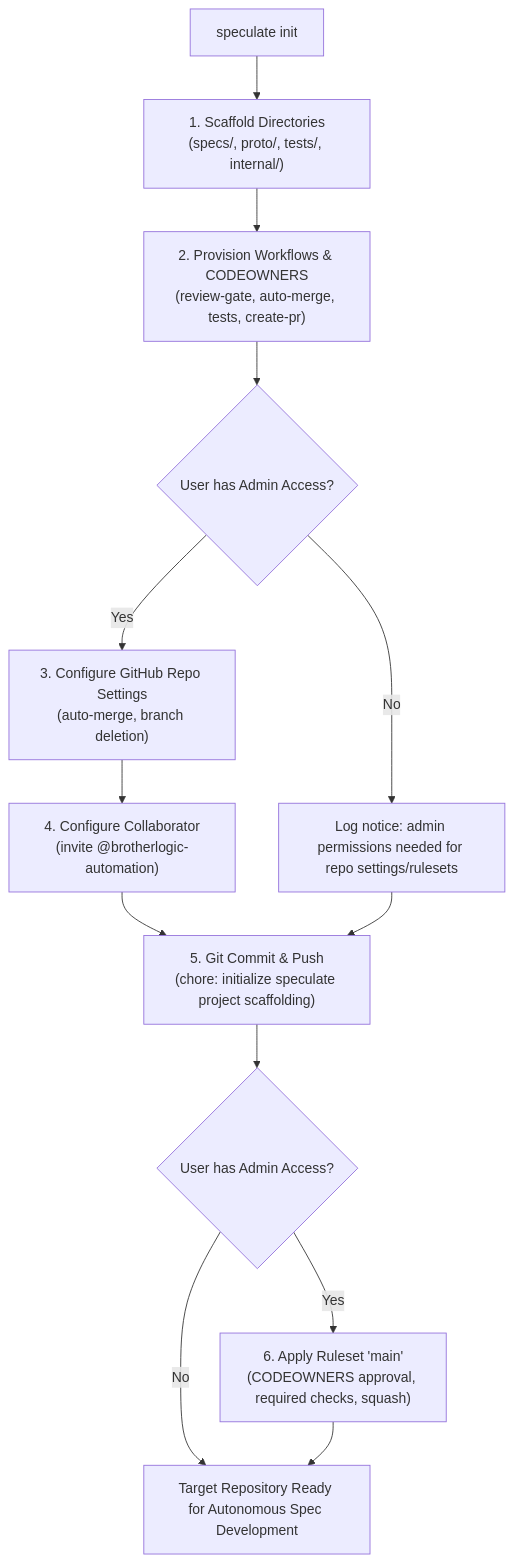
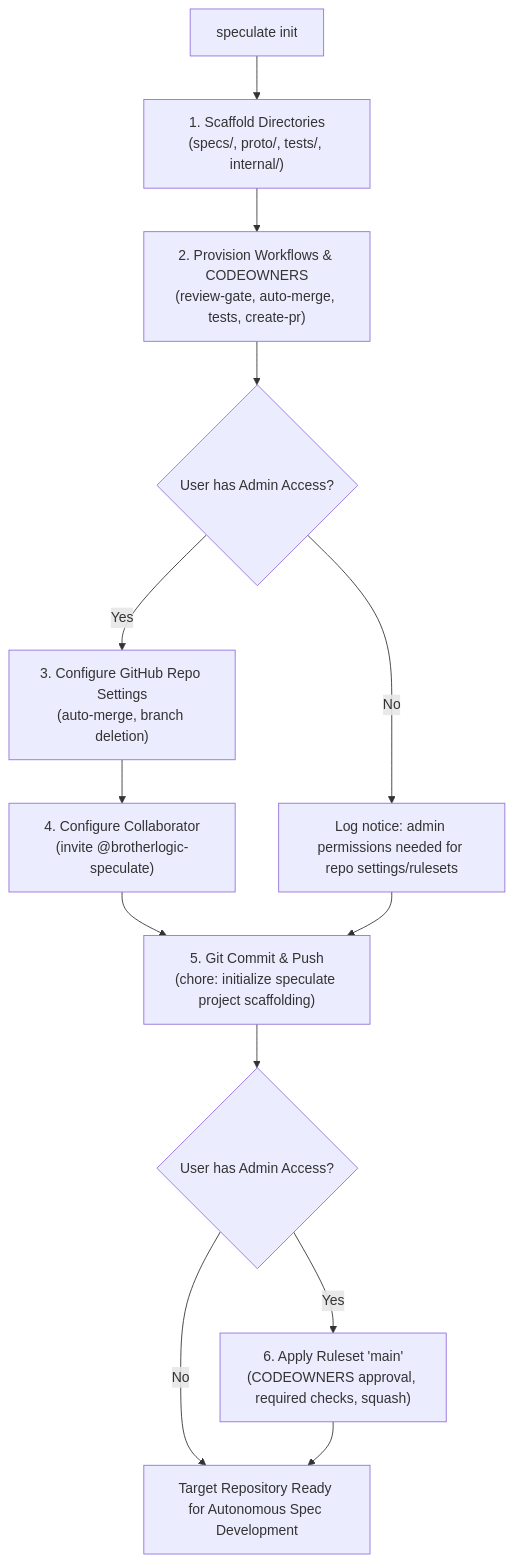
One commit to brotherlogic/speculate changed the diagram in README.md. Above: the diagram before and after it, drawn with Mermaid. The commit also changed other lines of this file and 4 other files, not shown here.

````diff
--- a/README.md
+++ b/README.md
@@ -13,15 +13,15 @@
 ```mermaid
 flowchart TD
     A["speculate init"] --> B["1. Scaffold Directories<br/>(specs/, proto/, tests/, internal/)"]
     B --> C["2. Provision Workflows & CODEOWNERS<br/>(review-gate, auto-merge, tests, create-pr)"]
     C --> D{"User has Admin Access?"}
     D -- Yes --> E["3. Configure GitHub Repo Settings<br/>(auto-merge, branch deletion)"]
-    E --> F["4. Configure Collaborator<br/>(invite @brotherlogic-automation)"]
+    E --> F["4. Configure Collaborator<br/>(invite @brotherlogic-speculate)"]
     F --> G["5. Git Commit & Push<br/>(chore: initialize speculate project scaffolding)"]
     D -- No --> H["Log notice: admin permissions needed for repo settings/rulesets"]
     H --> G
     G --> I{"User has Admin Access?"}
     I -- Yes --> J["6. Apply Ruleset 'main'<br/>(CODEOWNERS approval, required checks, squash)"]
     I -- No --> K["Target Repository Ready for Autonomous Spec Development"]
     J --> K
 ```
````
